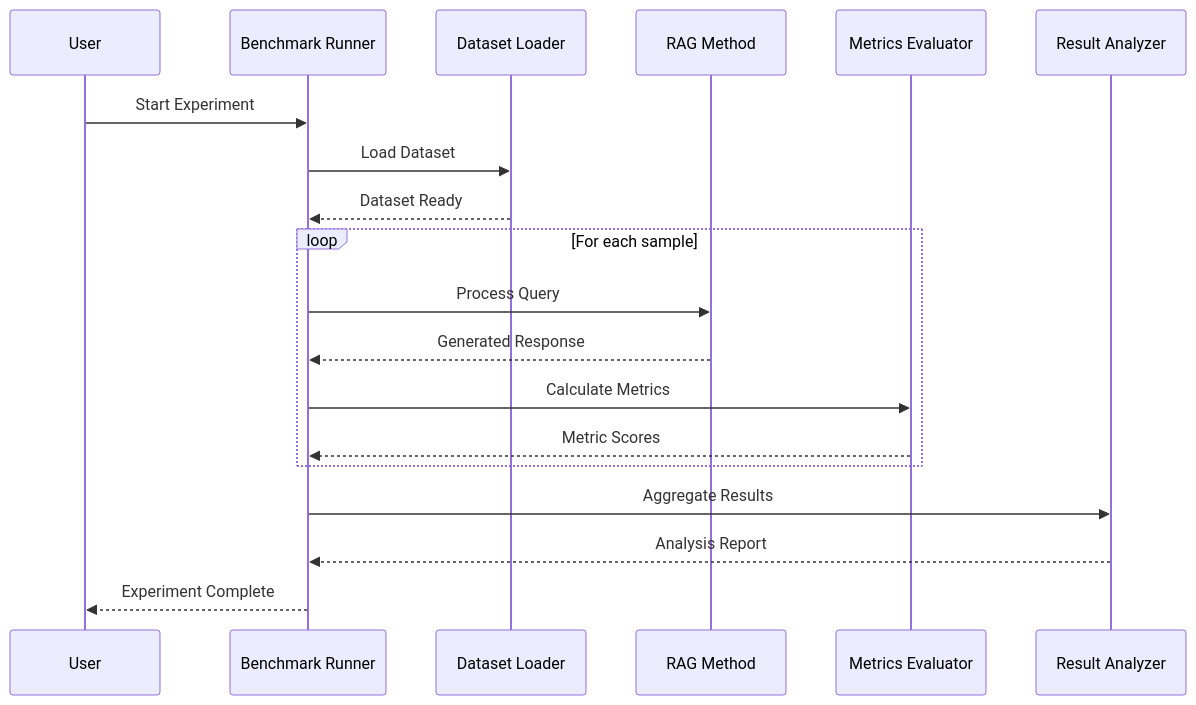
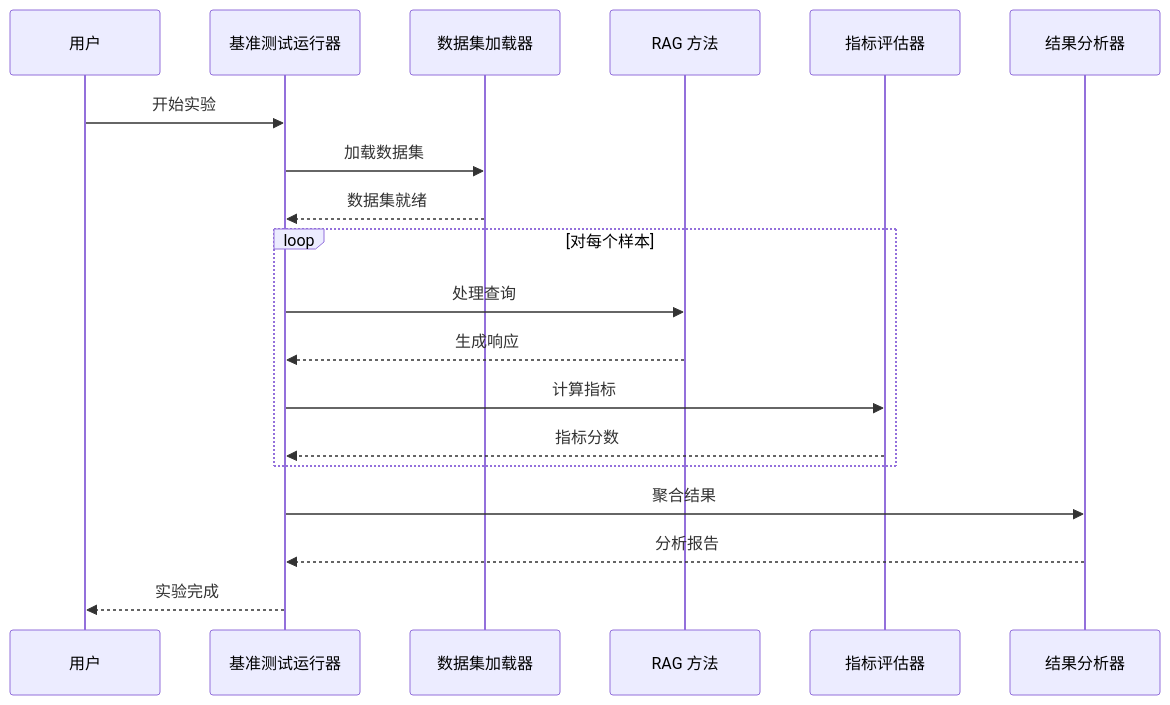
The fourth of 8 diagrams in docs/diagrams.md (Rito-w/adaptiverag), drawn with Mermaid before and after one commit. The commit also changed other lines of this file and 2 other files, not shown here.

````diff
--- a/docs/diagrams.md
+++ b/docs/diagrams.md
@@ -126,24 +126,24 @@
 ```mermaid
 sequenceDiagram
-    participant User
-    participant Runner as Benchmark Runner
-    participant Loader as Dataset Loader
-    participant Method as RAG Method
-    participant Evaluator as Metrics Evaluator
-    participant Analyzer as Result Analyzer
-    
-    User->>Runner: Start Experiment
-    Runner->>Loader: Load Dataset
-    Loader-->>Runner: Dataset Ready
-    
-    loop For each sample
-        Runner->>Method: Process Query
-        Method-->>Runner: Generated Response
-        Runner->>Evaluator: Calculate Metrics
-        Evaluator-->>Runner: Metric Scores
+    participant User as 用户
+    participant Runner as 基准测试运行器
+    participant Loader as 数据集加载器
+    participant Method as RAG 方法
+    participant Evaluator as 指标评估器
+    participant Analyzer as 结果分析器
+
+    User->>Runner: 开始实验
+    Runner->>Loader: 加载数据集
+    Loader-->>Runner: 数据集就绪
+
+    loop 对每个样本
+        Runner->>Method: 处理查询
+        Method-->>Runner: 生成响应
+        Runner->>Evaluator: 计算指标
+        Evaluator-->>Runner: 指标分数
     end
-    
-    Runner->>Analyzer: Aggregate Results
-    Analyzer-->>Runner: Analysis Report
-    Runner-->>User: Experiment Complete
+
+    Runner->>Analyzer: 聚合结果
+    Analyzer-->>Runner: 分析报告
+    Runner-->>User: 实验完成
 ```
````
